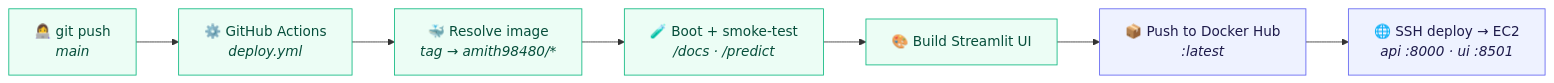
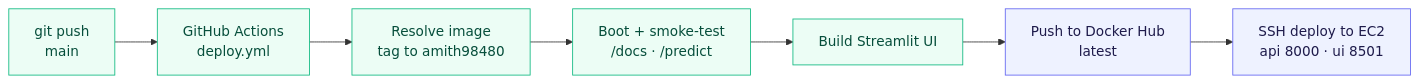
One commit to Amith-Ganta/FastAPI-ML-Docker-AWS changed the third of 3 diagrams in README.md. Above: the diagram before and after it, drawn with Mermaid. The commit also changed other lines of this file, not shown here.

First line of the commit message:
docs: fix non-rendering Mermaid diagrams in README

````diff
--- a/README.md
+++ b/README.md
@@ -144,14 +144,14 @@
 ```mermaid
 flowchart LR
-    DEV["👩‍💻 git push<br/><i>main</i>"] --> GHA["⚙️ GitHub Actions<br/><i>deploy.yml</i>"]
-    GHA --> PULL["🐳 Resolve image<br/><i>tag → amith98480/*</i>"]
-    PULL --> TEST["🧪 Boot + smoke-test<br/><i>/docs · /predict</i>"]
-    TEST --> BUILD["🎨 Build Streamlit UI"]
-    BUILD --> HUB["📦 Push to Docker Hub<br/><i>:latest</i>"]
-    HUB --> EC2["🌐 SSH deploy → EC2<br/><i>api :8000 · ui :8501</i>"]
+    DEV["git push<br/>main"] --> GHA["GitHub Actions<br/>deploy.yml"]
+    GHA --> PULL["Resolve image<br/>tag to amith98480"]
+    PULL --> TEST["Boot + smoke-test<br/>/docs · /predict"]
+    TEST --> BUILD["Build Streamlit UI"]
+    BUILD --> HUB["Push to Docker Hub<br/>latest"]
+    HUB --> EC2["SSH deploy to EC2<br/>api 8000 · ui 8501"]
 
     classDef step fill:#ECFDF5,stroke:#10B981,stroke-width:1px,color:#064E3B;
     classDef ship fill:#EEF2FF,stroke:#6366F1,stroke-width:1px,color:#1E1B4B;
     class DEV,GHA,PULL,TEST,BUILD step;
     class HUB,EC2 ship;
 ```
````
